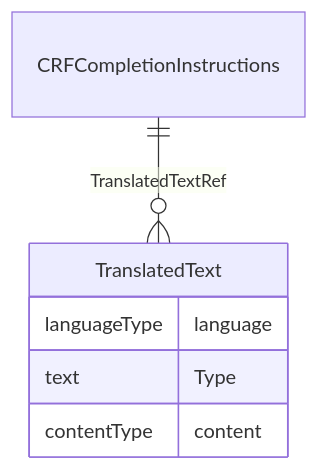
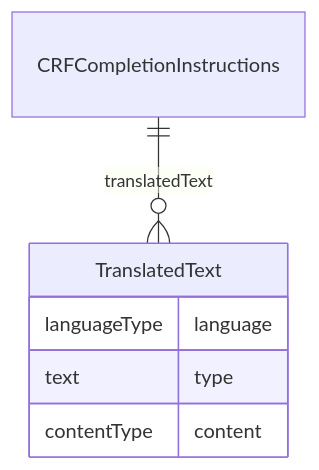
One commit to cdisc-org/DataExchange-ODM-LinkML changed the diagram in docs/CRFCompletionInstructions.md. Above: the diagram before and after it, drawn with Mermaid. The commit also changed other lines of this file and 759 other files, not shown here.

````diff
--- a/docs/CRFCompletionInstructions.md
+++ b/docs/CRFCompletionInstructions.md
@@ -11,14 +11,14 @@
 ```mermaid
 erDiagram
 CRFCompletionInstructions {
 
 }
 TranslatedText {
     languageType language  
-    text Type  
+    text type  
     contentType content  
 }
 
-CRFCompletionInstructions ||--}o TranslatedText : "TranslatedTextRef"
+CRFCompletionInstructions ||--}o TranslatedText : "translatedText"
 
 ```
````
